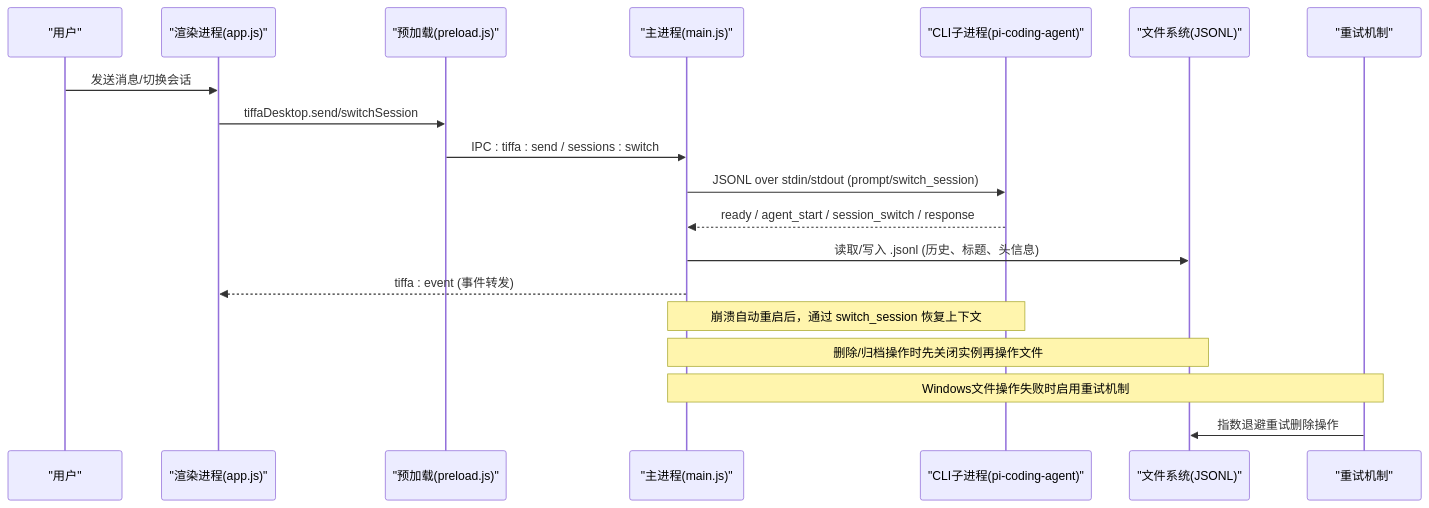
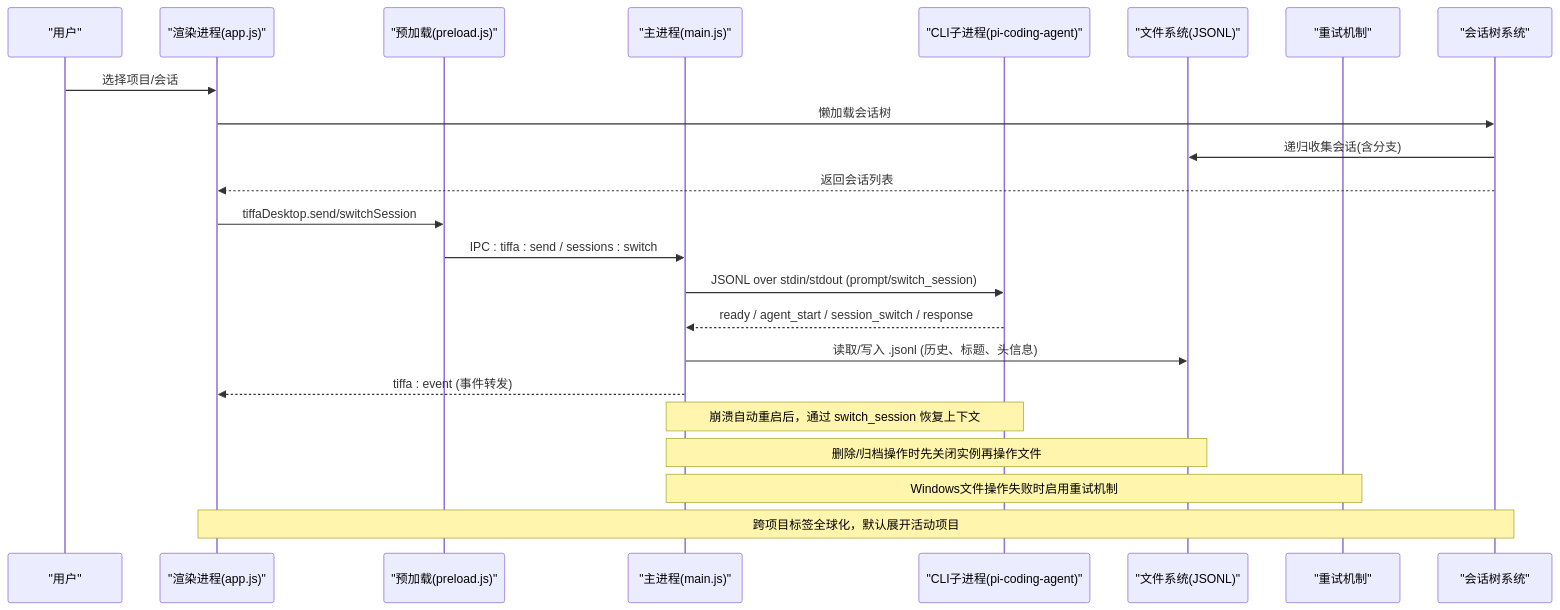
One commit to swond-Mao/Tiffa changed the second of 11 diagrams in .qoder/repowiki/zh/content/核心架构/会话管理与上下文恢复.md. Above: the diagram before and after it, drawn with Mermaid. The commit also changed other lines of this file and 17 other files, not shown here.

````diff
--- a/.qoder/repowiki/zh/content/核心架构/会话管理与上下文恢复.md
+++ b/.qoder/repowiki/zh/content/核心架构/会话管理与上下文恢复.md
@@ -96,21 +109,25 @@
 ```mermaid
 sequenceDiagram
 participant U as "用户"
 participant R as "渲染进程(app.js)"
 participant P as "预加载(preload.js)"
 participant M as "主进程(main.js)"
 participant C as "CLI子进程(pi-coding-agent)"
 participant F as "文件系统(JSONL)"
 participant RM as "重试机制"
-U->>R : 发送消息/切换会话
+participant ST as "会话树系统"
+U->>R : 选择项目/会话
+R->>ST : 懒加载会话树
+ST->>F : 递归收集会话(含分支)
+ST-->>R : 返回会话列表
 R->>P : tiffaDesktop.send/switchSession
 P->>M : IPC : tiffa : send / sessions : switch
 M->>C : JSONL over stdin/stdout (prompt/switch_session)
 C-->>M : ready / agent_start / session_switch / response
 M->>F : 读取/写入 .jsonl (历史、标题、头信息)
 M-->>R : tiffa : event (事件转发)
 Note over M,C : 崩溃自动重启后，通过 switch_session 恢复上下文
 Note over M,F : 删除/归档操作时先关闭实例再操作文件
 Note over M,RM : Windows文件操作失败时启用重试机制
-RM->>F : 指数退避重试删除操作
+Note over ST,R : 跨项目标签全球化，默认展开活动项目
 ```
````
